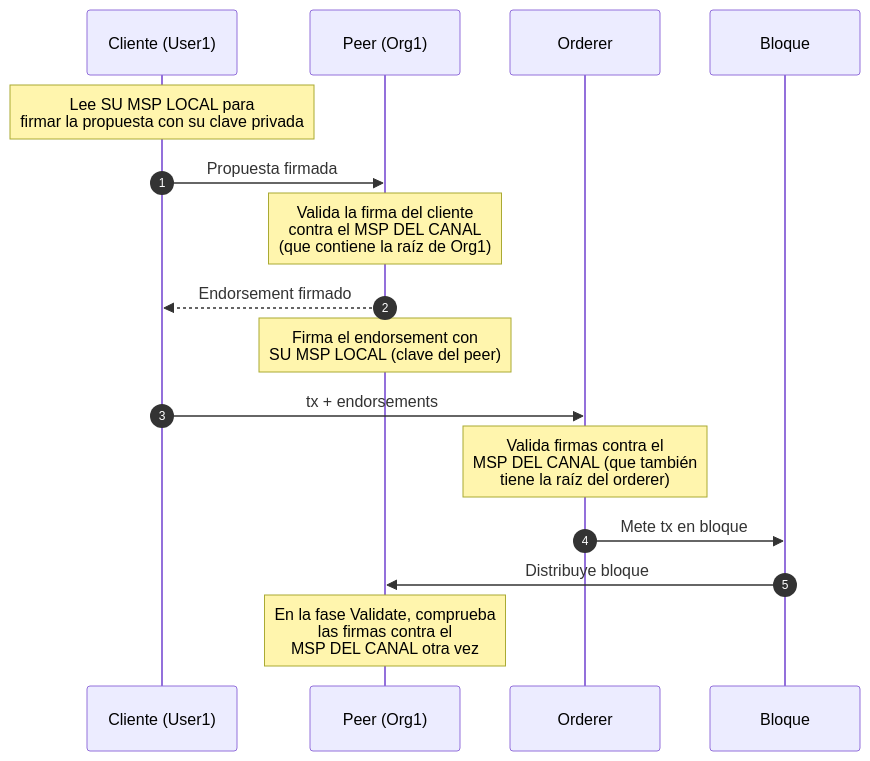
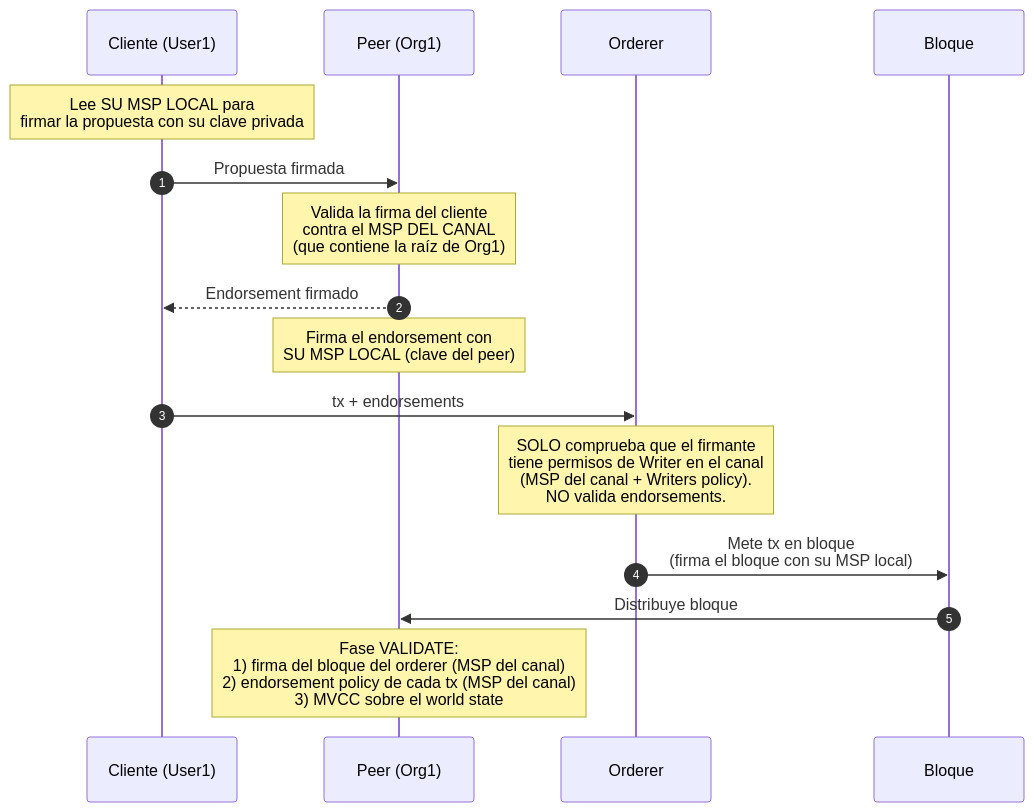
Before and after one commit to jjnieto/Curso-HLFabric: the third of 3 diagrams in Modulo-2/MSP.md, drawn with Mermaid. The commit also changed other lines of this file, not shown here.

First line of the commit message:
Modulo-2 MSP.md: corregir error grave sobre validación del orderer

````diff
--- a/Modulo-2/MSP.md
+++ b/Modulo-2/MSP.md
@@ -342,19 +347,19 @@
 ```mermaid
 sequenceDiagram
     autonumber
     participant Cli as Cliente (User1)
     participant Peer as Peer (Org1)
     participant Ord as Orderer
     participant Block as Bloque
 
     Note over Cli: Lee SU MSP LOCAL para<br/>firmar la propuesta con su clave privada
     Cli->>Peer: Propuesta firmada
     Note over Peer: Valida la firma del cliente<br/>contra el MSP DEL CANAL<br/>(que contiene la raíz de Org1)
     Peer-->>Cli: Endorsement firmado
     Note over Peer: Firma el endorsement con<br/>SU MSP LOCAL (clave del peer)
     Cli->>Ord: tx + endorsements
-    Note over Ord: Valida firmas contra el<br/>MSP DEL CANAL (que también<br/>tiene la raíz del orderer)
-    Ord->>Block: Mete tx en bloque
+    Note over Ord: SOLO comprueba que el firmante<br/>tiene permisos de Writer en el canal<br/>(MSP del canal + Writers policy).<br/>NO valida endorsements.
+    Ord->>Block: Mete tx en bloque<br/>(firma el bloque con su MSP local)
     Block->>Peer: Distribuye bloque
-    Note over Peer: En la fase Validate, comprueba<br/>las firmas contra el<br/>MSP DEL CANAL otra vez
+    Note over Peer: Fase VALIDATE:<br/>1) firma del bloque del orderer (MSP del canal)<br/>2) endorsement policy de cada tx (MSP del canal)<br/>3) MVCC sobre el world state
 ```
````
